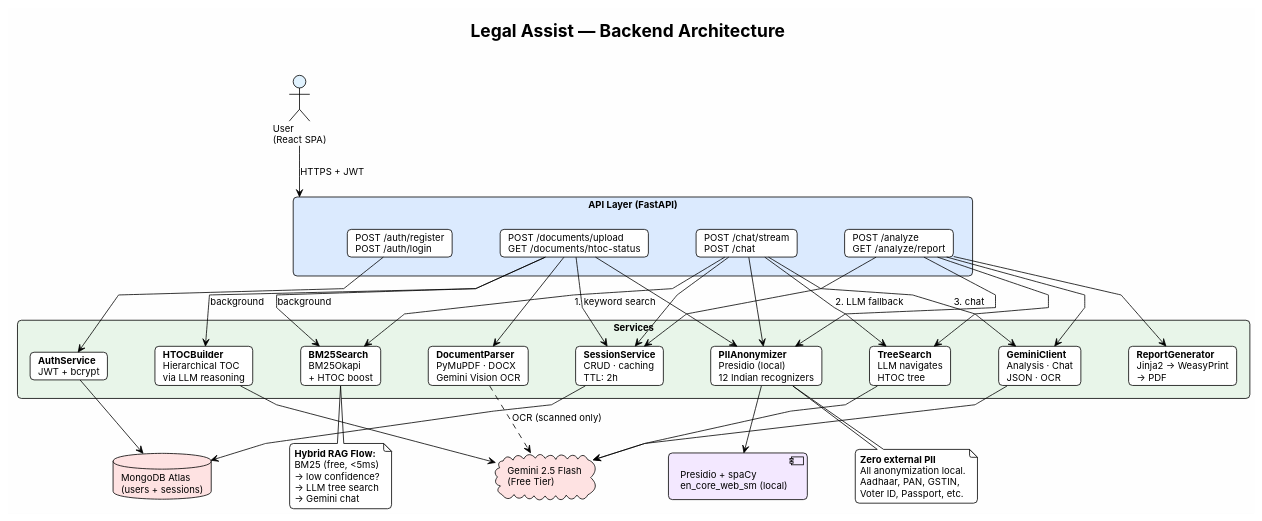
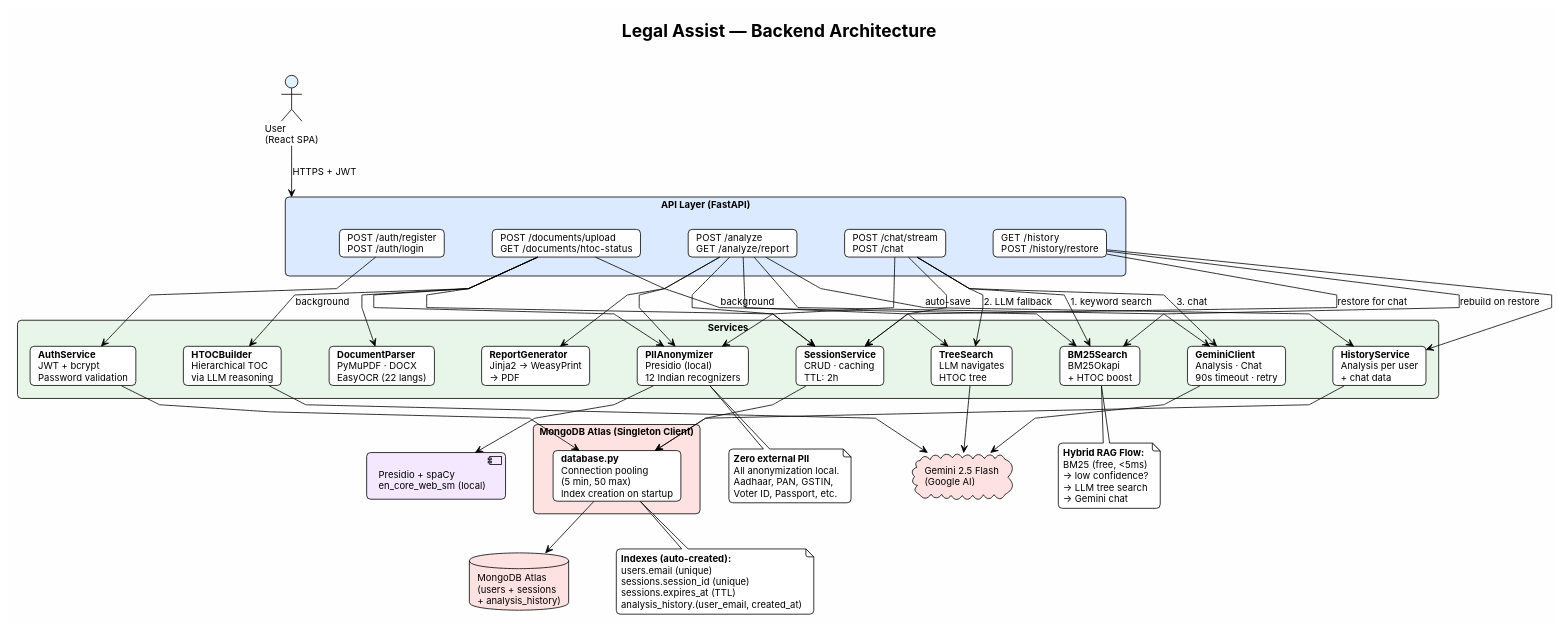
One commit to adityaa2404/legal-assist changed the diagram in docs/architecture-compact.puml. Above: the diagram before and after it, drawn with PlantUML. The commit also changed 48 other files, not shown here.

Commit message:
update : easyOCR integrated , new chat ui with view document

```diff
--- a/docs/architecture-compact.puml
+++ b/docs/architecture-compact.puml
@@ -1,92 +1,113 @@
 @startuml Legal Assist - Backend Architecture (Compact)
 
 !theme plain
 skinparam backgroundColor #FEFEFE
 skinparam defaultFontName Inter
 skinparam defaultFontSize 12
 skinparam shadowing false
 skinparam roundCorner 10
 skinparam packageStyle rectangle
 skinparam linetype polyline
 skinparam nodesep 60
 skinparam ranksep 50
 
 title **Legal Assist** — Backend Architecture\n
 
 ' ═══════════ ACTORS ═══════════
 actor "User\n(React SPA)" as User #E0F2FE
 
 ' ═══════════ API LAYER ═══════════
 rectangle "**API Layer** (FastAPI)" as API #DBEAFE {
     card "POST /auth/register\nPOST /auth/login" as Auth
     card "POST /documents/upload\nGET  /documents/htoc-status" as Docs
     card "POST /analyze\nGET  /analyze/report" as Analysis
     card "POST /chat/stream\nPOST /chat" as Chat
+    card "GET  /history\nPOST /history/restore" as History
 }
 
 ' ═══════════ SERVICE LAYER ═══════════
 rectangle "**Services**" as SVC #E8F5E9 {
-    card "**AuthService**\nJWT + bcrypt" as AuthSvc
-    card "**DocumentParser**\nPyMuPDF · DOCX\nGemini Vision OCR" as Parser
+    card "**AuthService**\nJWT + bcrypt\nPassword validation" as AuthSvc
+    card "**DocumentParser**\nPyMuPDF · DOCX\nEasyOCR (22 langs)" as Parser
     card "**PIIAnonymizer**\nPresidio (local)\n12 Indian recognizers" as PII
     card "**SessionService**\nCRUD · caching\nTTL: 2h" as Session
+    card "**HistoryService**\nAnalysis per user\n+ chat data" as HistSvc
     card "**HTOCBuilder**\nHierarchical TOC\nvia LLM reasoning" as HTOC
     card "**BM25Search**\nBM25Okapi\n+ HTOC boost" as BM25
     card "**TreeSearch**\nLLM navigates\nHTOC tree" as Tree
-    card "**GeminiClient**\nAnalysis · Chat\nJSON · OCR" as Gemini
+    card "**GeminiClient**\nAnalysis · Chat\n90s timeout · retry" as Gemini
     card "**ReportGenerator**\nJinja2 → WeasyPrint\n→ PDF" as Report
 }
 
+' ═══════════ DATABASE ═══════════
+rectangle "**MongoDB Atlas** (Singleton Client)" as DB #FEE2E2 {
+    card "**database.py**\nConnection pooling\n(5 min, 50 max)\nIndex creation on startup" as DBCore
+}
+
 ' ═══════════ EXTERNAL ═══════════
-database "MongoDB Atlas\n(users + sessions)" as Mongo #FEE2E2
-cloud "Gemini 2.5 Flash\n(Free Tier)" as GeminiAPI #FEE2E2
+database "MongoDB Atlas\n(users + sessions\n+ analysis_history)" as Mongo #FEE2E2
+cloud "Gemini 2.5 Flash\n(Google AI)" as GeminiAPI #FEE2E2
 component "Presidio + spaCy\nen_core_web_sm (local)" as PresidioLocal #F3E8FF
 
 ' ═══════════ CONNECTIONS ═══════════
 User --> API : HTTPS + JWT
 
 Auth --> AuthSvc
 Docs --> Parser
 Docs --> PII
 Docs --> Session
 Docs --> HTOC : background
 Docs --> BM25 : background
 
 Analysis --> Gemini
 Analysis --> Tree
 Analysis --> PII
 Analysis --> Session
 Analysis --> Report
+Analysis --> HistSvc : auto-save
+
+History --> HistSvc
+History --> Session : restore for chat
+History --> BM25 : rebuild on restore
 
 Chat --> BM25 : "1. keyword search"
 Chat --> Tree : "2. LLM fallback"
 Chat --> Gemini : "3. chat"
 Chat --> PII
 Chat --> Session
 
 ' Service → External
-AuthSvc --> Mongo
-Session --> Mongo
+AuthSvc --> DBCore
+Session --> DBCore
+HistSvc --> DBCore
+DBCore --> Mongo
 Gemini --> GeminiAPI
 HTOC --> GeminiAPI
 Tree --> GeminiAPI
-Parser ..> GeminiAPI : OCR (scanned only)
 PII --> PresidioLocal
 
 ' ═══════════ NOTES ═══════════
 note bottom of BM25
   **Hybrid RAG Flow:**
   BM25 (free, <5ms)
   → low confidence?
   → LLM tree search
   → Gemini chat
 end note
 
 note bottom of PII
   **Zero external PII**
   All anonymization local.
   Aadhaar, PAN, GSTIN,
   Voter ID, Passport, etc.
 end note
 
+note bottom of DBCore
+  **Indexes (auto-created):**
+  users.email (unique)
+  sessions.session_id (unique)
+  sessions.expires_at (TTL)
+  analysis_history.(user_email, created_at)
+end note
+
 @enduml
```
